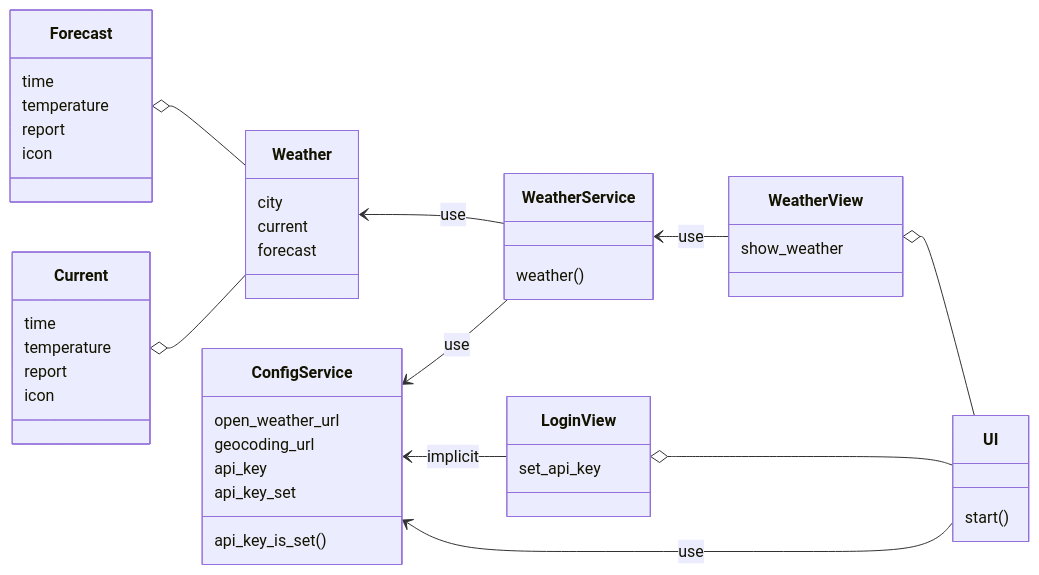
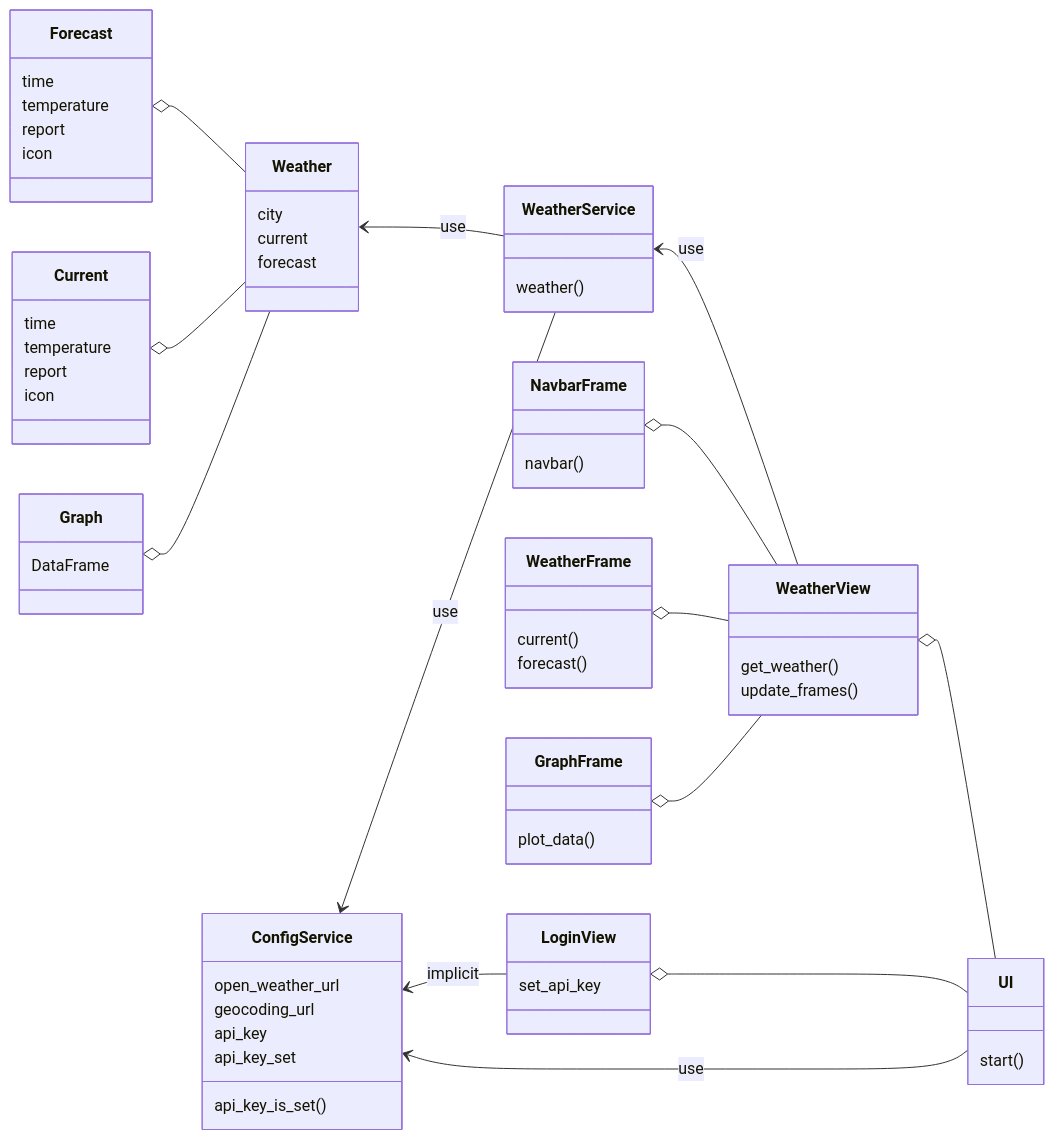
Before and after one commit to matiasto/ot-harjoitustyo: the first of 2 diagrams in documentation/architecture.md, drawn with Mermaid. The commit also changed other lines of this file, not shown here.

Commit message:
docs: new sequence diagram and updated class diagram

````diff
--- a/documentation/architecture.md
+++ b/documentation/architecture.md
@@ -4,63 +4,82 @@
 ```mermaid
     classDiagram
         
         direction RL
 
         class UI {
             start()
         }
 
         class LoginView {
             set_api_key
         }
 
         class WeatherView {
-            show_weather
+            get_weather()
+            update_frames()
+        }
+
+        class NavbarFrame {
+            navbar()
+        }
+
+        class WeatherFrame {
+            current()
+            forecast()
+        }
+
+        class GraphFrame {
+            plot_data()
         }
         
         class WeatherService {
             weather()
         }
 
         class ConfigService {
             open_weather_url
             geocoding_url
             api_key
             api_key_set
             api_key_is_set()
         }
 
         class Weather {
             city
             current
             forecast
         }
         
         class Current {
             time
             temperature
             report
             icon
         }
 
         class Forecast {
             time
             temperature
             report
             icon
         }
 
+        class Graph {
+            DataFrame
+        }
+
         Weather --o Forecast
         Weather --o Current
+        Weather --o Graph
         WeatherService --> Weather: use
         WeatherService --> ConfigService: use
         UI --o WeatherView
         UI --o LoginView
         UI --> ConfigService: use
         WeatherView --> WeatherService: use
+        WeatherView --o NavbarFrame
+        WeatherView --o WeatherFrame
+        WeatherView --o GraphFrame
         LoginView --> ConfigService: implicit
-
-
-
         
 ```
````
